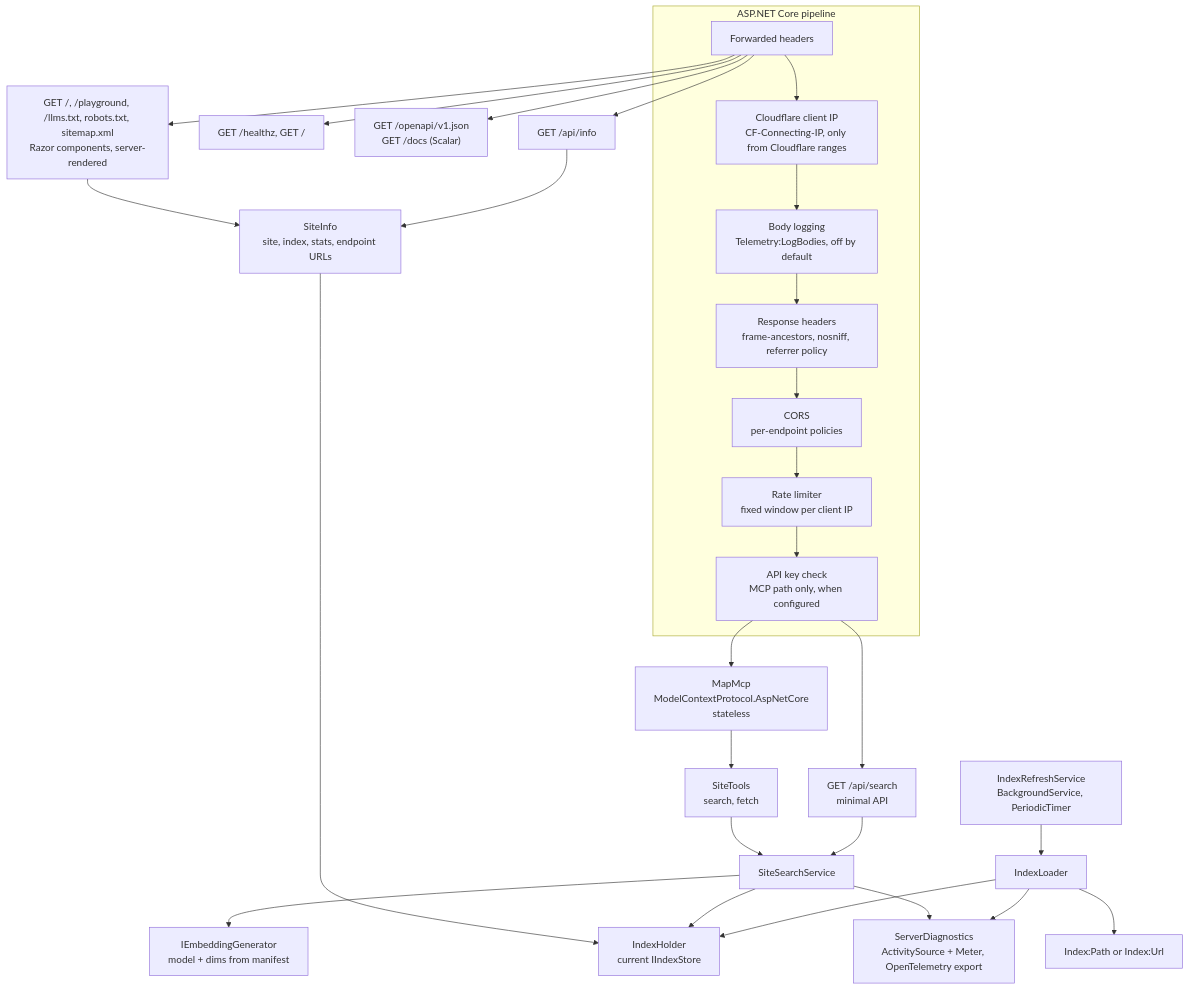
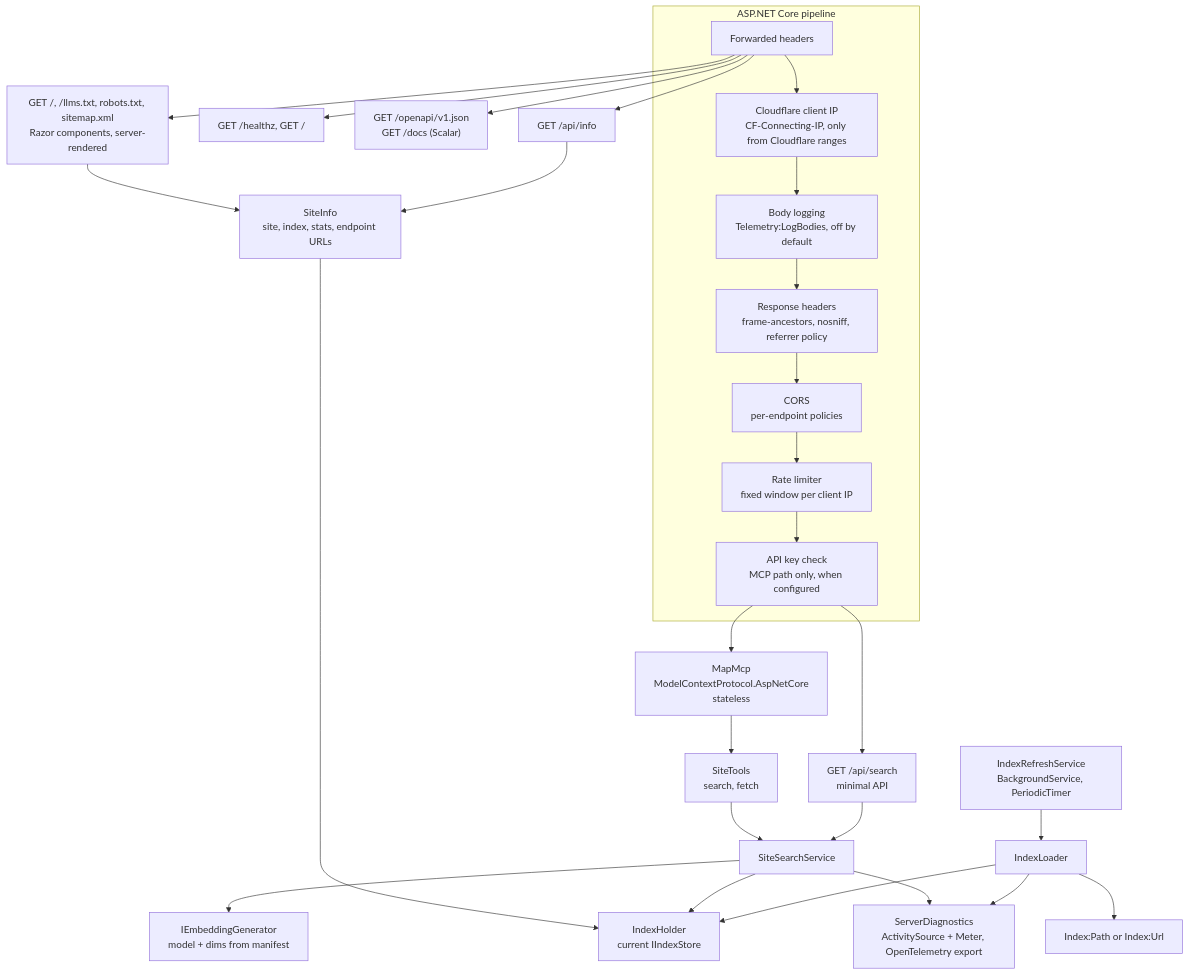
Before and after one commit to pournasserian/mcp-my-site: the ninth of 12 diagrams in docs/architecture.md, drawn with Mermaid. The commit also changed other lines of this file and 11 other files, not shown here.

Commit message:
Replace the browser playground with a Test the server section

````diff
--- a/docs/architecture.md
+++ b/docs/architecture.md
@@ -332,26 +332,26 @@
 ```mermaid
 flowchart TB
     subgraph Pipeline["ASP.NET Core pipeline"]
         FH["Forwarded headers"] --> CFIP["Cloudflare client IP<br/>CF-Connecting-IP, only from Cloudflare ranges"] --> BL["Body logging<br/>Telemetry:LogBodies, off by default"] --> RH["Response headers<br/>frame-ancestors, nosniff, referrer policy"] --> CORS["CORS<br/>per-endpoint policies"] --> RL["Rate limiter<br/>fixed window per client IP"] --> Key["API key check<br/>MCP path only, when configured"]
     end
     Key --> MCP["MapMcp<br/>ModelContextProtocol.AspNetCore<br/>stateless"]
     Key --> SAPI["GET /api/search<br/>minimal API"]
     FH --> H["GET /healthz, GET /"]
     FH --> Docs["GET /openapi/v1.json<br/>GET /docs (Scalar)"]
-    FH --> Pages["GET /, /playground, /llms.txt, robots.txt, sitemap.xml<br/>Razor components, server-rendered"]
+    FH --> Pages["GET /, /llms.txt, robots.txt, sitemap.xml<br/>Razor components, server-rendered"]
     FH --> Info["GET /api/info"]
     Pages --> SI["SiteInfo<br/>site, index, stats, endpoint URLs"]
     Info --> SI
     SI --> Holder
 
     MCP --> Tools["SiteTools<br/>search, fetch"]
     Tools --> SS["SiteSearchService"]
     SAPI --> SS
     SS --> Gen["IEmbeddingGenerator<br/>model + dims from manifest"]
     SS --> Holder["IndexHolder<br/>current IIndexStore"]
     Loader["IndexLoader"] --> Holder
     Refresh["IndexRefreshService<br/>BackgroundService, PeriodicTimer"] --> Loader
     Loader --> Src["Index:Path or Index:Url"]
     SS --> Tel["ServerDiagnostics<br/>ActivitySource + Meter, OpenTelemetry export"]
     Loader --> Tel
 ```
````
